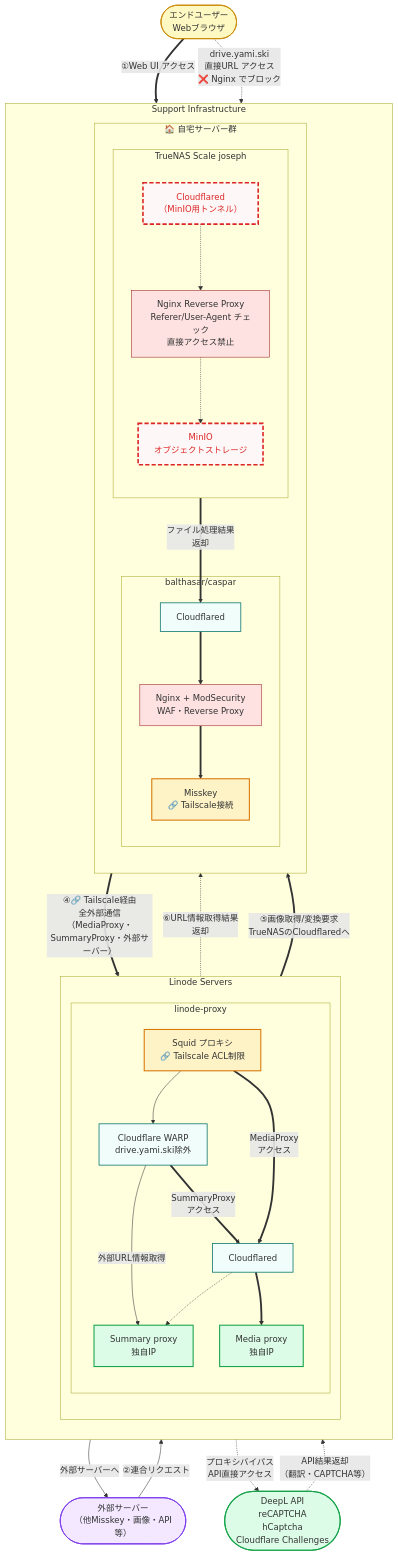
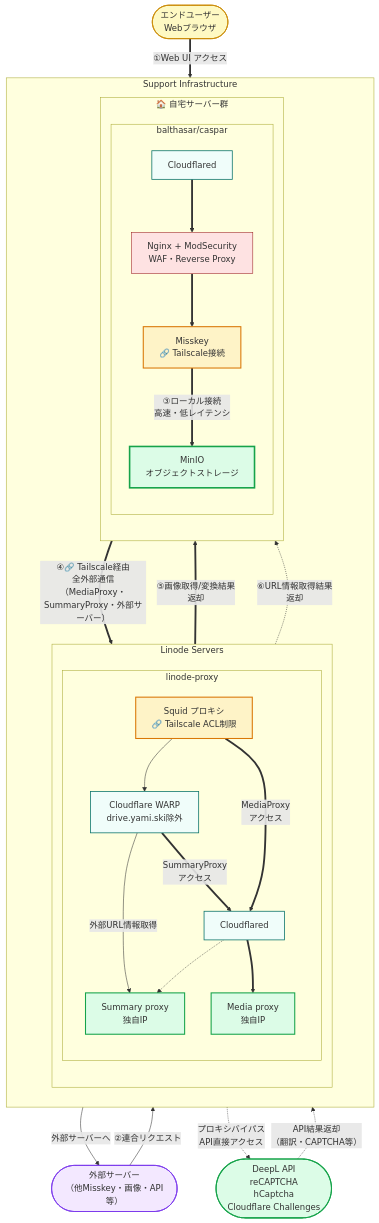
Before and after one commit to yamisskey-dev/hosted-list: the fifth of 5 diagrams in README.md, drawn with Mermaid. The commit also changed other lines of this file, not shown here.

````diff
--- a/README.md
+++ b/README.md
@@ -460,9 +472,9 @@
 classDef cloudflare fill:#f0fdfa,stroke:#0f766e,stroke-width:1.5px
 classDef user fill:#fef9c3,stroke:#ca8a04,stroke-width:1.5px
 classDef federation fill:#f3e8ff,stroke:#7c3aed,stroke-width:1.5px
-classDef excludeHome fill:#fef7f7,stroke:#dc2626,stroke-width:3px,stroke-dasharray: 8 4,color:#dc2626
 classDef direct fill:#dcfce7,stroke:#16a34a,stroke-width:2px
 classDef tailscale fill:#fef3c7,stroke:#d97706,stroke-width:2px
+classDef local fill:#dcfce7,stroke:#16a34a,stroke-width:3px
 
 %% External actors
 enduser([エンドユーザー<br/>Webブラウザ]):::user
@@ -488,14 +500,8 @@
         subgraph balthasar_caspar[balthasar/caspar]
             nginx_misskey[Nginx + ModSecurity<br/>WAF・Reverse Proxy]:::security
             yamisskey[Misskey<br/>🔗 Tailscale接続]:::tailscale
+            minio_local[MinIO<br/>オブジェクトストレージ]:::local
             cloudflared_bc[Cloudflared]:::cloudflare
-        end
-        
-        subgraph truenas[TrueNAS Scale joseph]
-            direction TB
-            nginx_minio[Nginx Reverse Proxy<br/>Referer/User-Agent チェック<br/>直接アクセス禁止]:::security
-            minio[MinIO<br/>オブジェクトストレージ]:::excludeHome
-            cloudflared_home[Cloudflared<br/>（MinIO用トンネル）]:::excludeHome
         end
     end
 end
@@ -508,10 +514,10 @@
 %% 外部サーバーからの連合リクエスト（通常線）
 external_servers -->|"②連合リクエスト"| cloudflared_bc
 
+%% Misskeyからのローカル接続（太線・緑色）
+yamisskey ==>|"③ローカル接続<br/>高速・低レイテンシ"| minio_local
+
 %% Misskeyサーバーからの全外部通信はSquid経由
-%% （MediaProxy/SummaryProxy含む）
-
-%% === Misskeyのみ Tailscale経由でSquid使用 ===
 yamisskey ==>|"④🔗 Tailscale経由<br/>全外部通信<br/>（MediaProxy・SummaryProxy・外部サーバー）"| squid
 squid --> warp
 
@@ -522,18 +528,14 @@
 cloudflared_p ==> mediaproxy
 cloudflared_p -.-> summaryproxy
 squid ==>|"MediaProxy<br/>アクセス"| cloudflared_p
-cloudflared_home -.-> nginx_minio
-nginx_minio -.-> minio
-cloudflared_home ==>|"ファイル処理結果<br/>返却"| cloudflared_bc
 
-%% === MediaProxy・SummaryProxy のルート修正（MediaProxyのみ太線） ===
-mediaproxy ==>|"⑤画像取得/変換要求<br/>TrueNASのCloudflaredへ"| cloudflared_home
+%% MediaProxyからMisskeyへ画像処理結果を返却
+mediaproxy ==>|"⑤画像取得/変換結果<br/>返却"| cloudflared_bc
+
+%% SummaryProxyからの返却
 summaryproxy -.->|"⑥URL情報取得結果<br/>返却"| cloudflared_bc
 
 %% プロキシバイパス対象（特定APIサービス）
 yamisskey -.->|"プロキシバイパス<br/>API直接アクセス"| bypass_services
 bypass_services -.->|"API結果返却<br/>（翻訳・CAPTCHA等）"| yamisskey
-
-%% 直接URLアクセス（ブロック）
-enduser -.->|"drive.yami.ski<br/>直接URL アクセス<br/>❌ Nginx でブロック"| cloudflared_home
 ```
````
